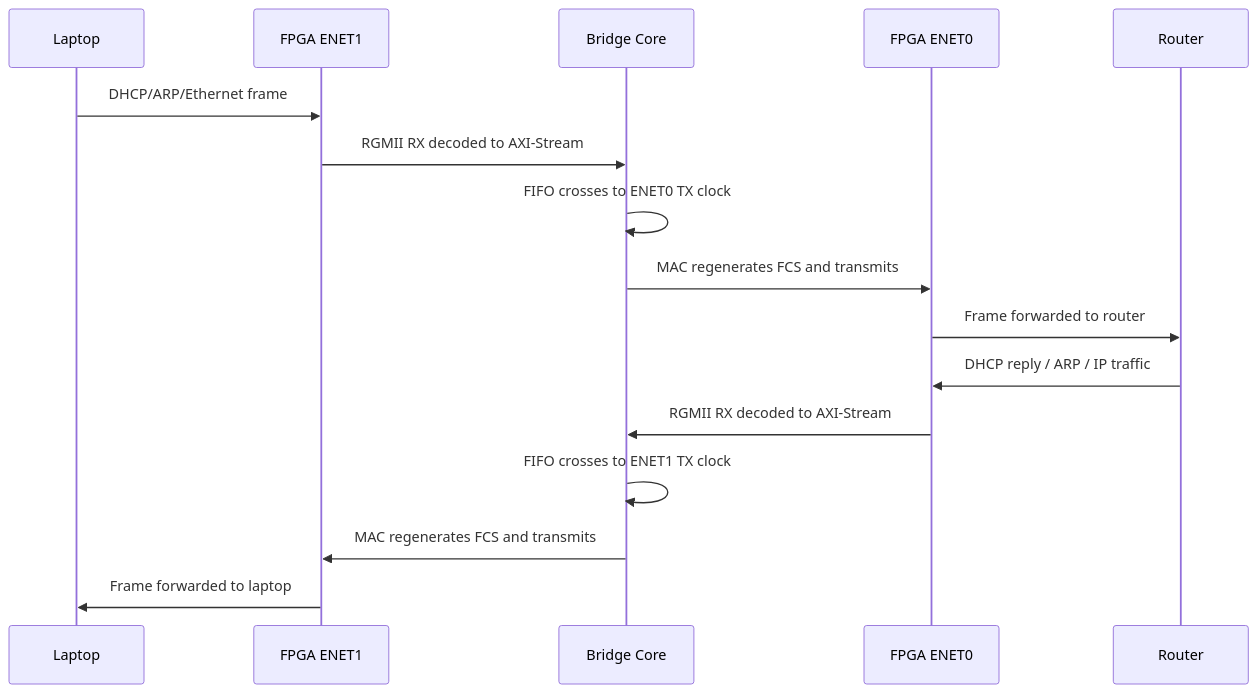
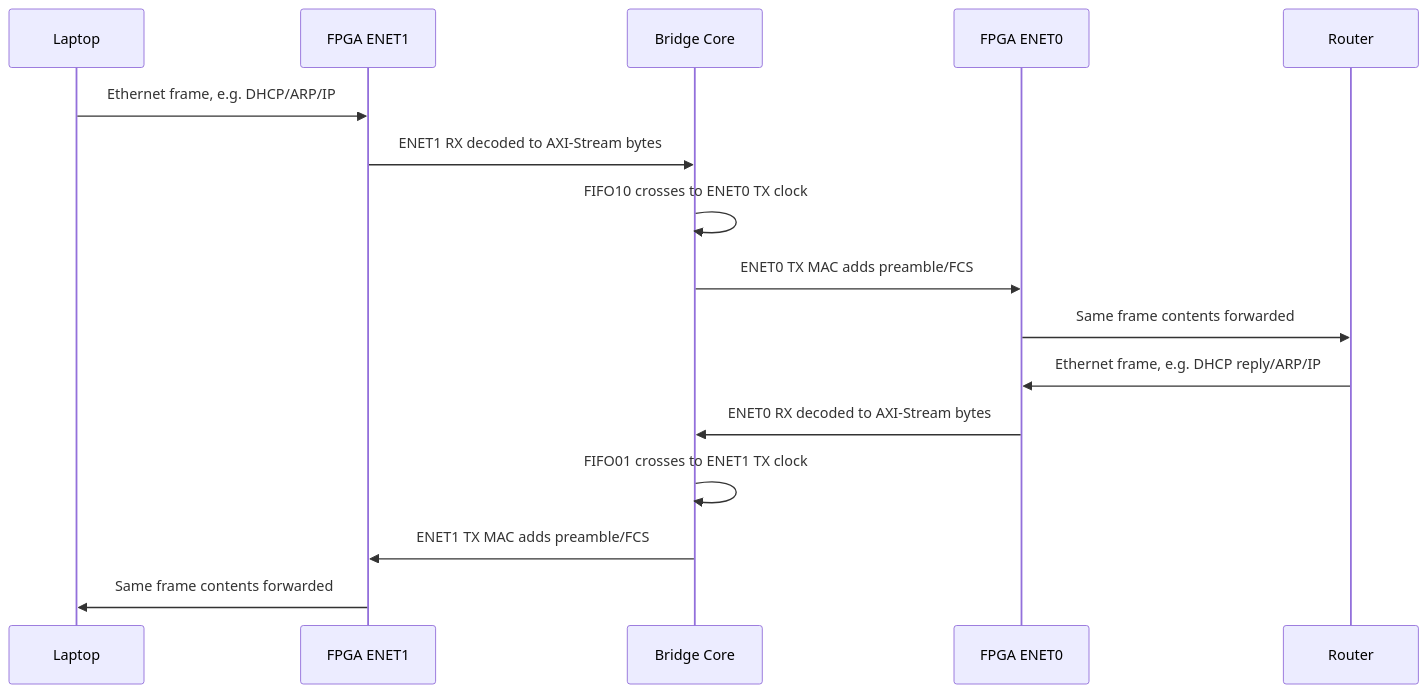
The fourth of 5 diagrams in docs/code_flowchart.md (TheMohammadKhalil/fpga-based-network-firewall), drawn with Mermaid before and after one commit. The commit also changed other lines of this file and 4 other files, not shown here.

Commit message:
flowchart edits

````diff
--- a/docs/code_flowchart.md
+++ b/docs/code_flowchart.md
@@ -92,20 +113,20 @@
 ```mermaid
 sequenceDiagram
     participant Laptop
     participant ENET1 as FPGA ENET1
     participant Core as Bridge Core
     participant ENET0 as FPGA ENET0
     participant Router
 
-    Laptop->>ENET1: DHCP/ARP/Ethernet frame
-    ENET1->>Core: RGMII RX decoded to AXI-Stream
-    Core->>Core: FIFO crosses to ENET0 TX clock
-    Core->>ENET0: MAC regenerates FCS and transmits
-    ENET0->>Router: Frame forwarded to router
+    Laptop->>ENET1: Ethernet frame, e.g. DHCP/ARP/IP
+    ENET1->>Core: ENET1 RX decoded to AXI-Stream bytes
+    Core->>Core: FIFO10 crosses to ENET0 TX clock
+    Core->>ENET0: ENET0 TX MAC adds preamble/FCS
+    ENET0->>Router: Same frame contents forwarded
 
-    Router->>ENET0: DHCP reply / ARP / IP traffic
-    ENET0->>Core: RGMII RX decoded to AXI-Stream
-    Core->>Core: FIFO crosses to ENET1 TX clock
-    Core->>ENET1: MAC regenerates FCS and transmits
-    ENET1->>Laptop: Frame forwarded to laptop
+    Router->>ENET0: Ethernet frame, e.g. DHCP reply/ARP/IP
+    ENET0->>Core: ENET0 RX decoded to AXI-Stream bytes
+    Core->>Core: FIFO01 crosses to ENET1 TX clock
+    Core->>ENET1: ENET1 TX MAC adds preamble/FCS
+    ENET1->>Laptop: Same frame contents forwarded
 ```
````
